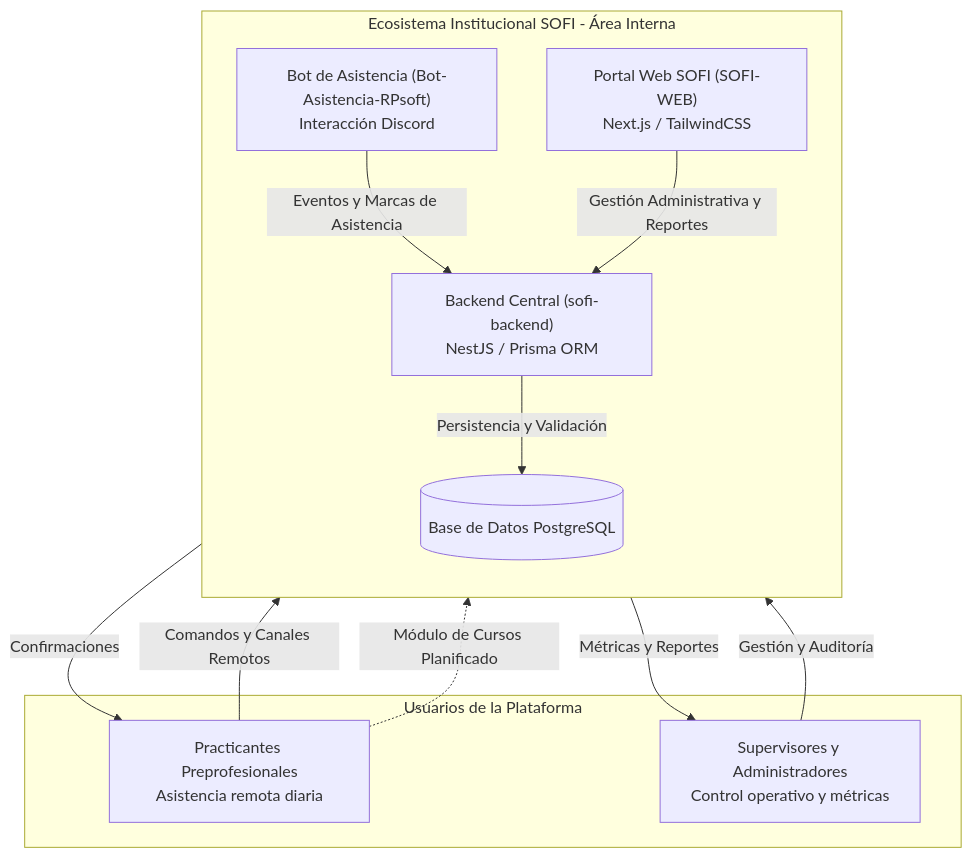
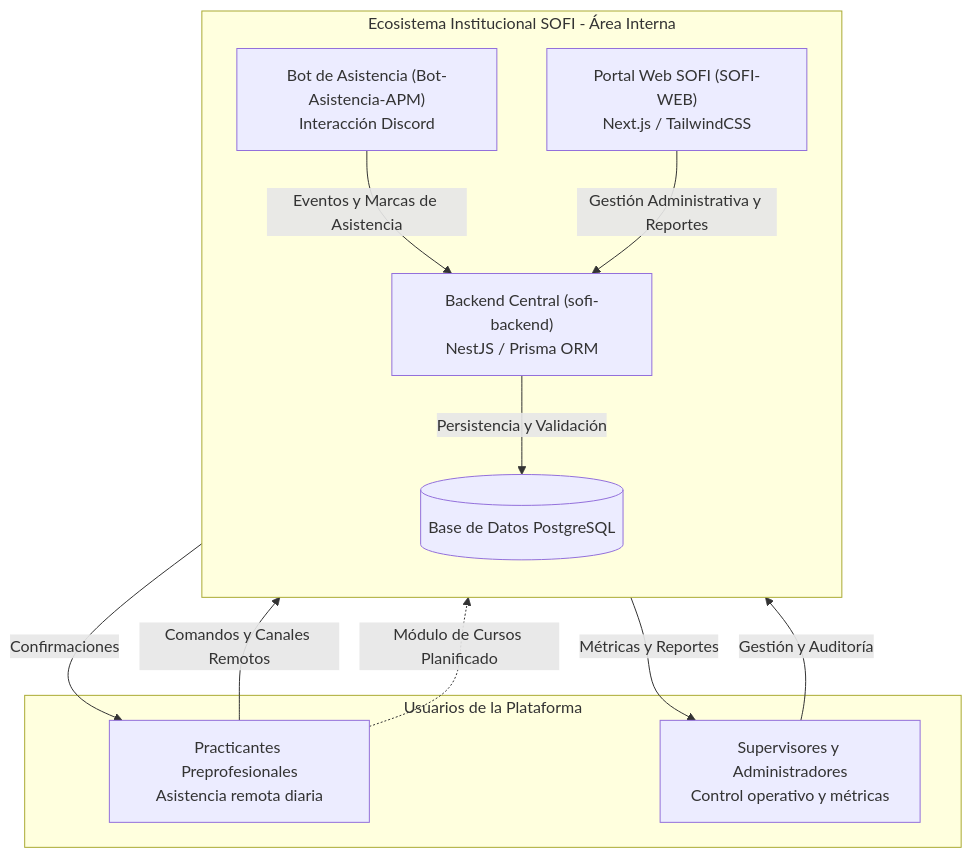
Before and after one commit to La-hermandad-del-codigo/presentacion-aws: the first of 4 diagrams in entregable1_diagnostico_y_fundamentos_cloud.md, drawn with Mermaid. The commit also changed other lines of this file and 9 other files, not shown here.

Commit message:
cambio en nombre rpsoft por apm inversiones

````diff
--- a/entregable1_diagnostico_y_fundamentos_cloud.md
+++ b/entregable1_diagnostico_y_fundamentos_cloud.md
@@ -35,25 +35,25 @@
 ```mermaid
 flowchart TD
     subgraph Ecosistema_SOFI["Ecosistema Institucional SOFI - Área Interna"]
         direction TB
-        BOT["Bot de Asistencia (Bot-Asistencia-RPsoft)<br/>Interacción Discord"]
+        BOT["Bot de Asistencia (Bot-Asistencia-APM)<br/>Interacción Discord"]
         WEB["Portal Web SOFI (SOFI-WEB)<br/>Next.js / TailwindCSS"]
         BACK["Backend Central (sofi-backend)<br/>NestJS / Prisma ORM"]
         DB[("Base de Datos PostgreSQL")]
         
         BOT -->|Eventos y Marcas de Asistencia| BACK
         WEB -->|Gestión Administrativa y Reportes| BACK
         BACK -->|Persistencia y Validación| DB
     end
 
     subgraph Usuarios["Usuarios de la Plataforma"]
         PRACT["Practicantes Preprofesionales<br/>Asistencia remota diaria"]
         ADMIN["Supervisores y Administradores<br/>Control operativo y métricas"]
     end
 
     PRACT -->|Comandos y Canales Remotos| BOT
     BOT -->|Confirmaciones| PRACT
     PRACT -.->|Módulo de Cursos Planificado| WEB
     ADMIN -->|Gestión y Auditoría| WEB
     WEB -->|Métricas y Reportes| ADMIN
 ```
````
